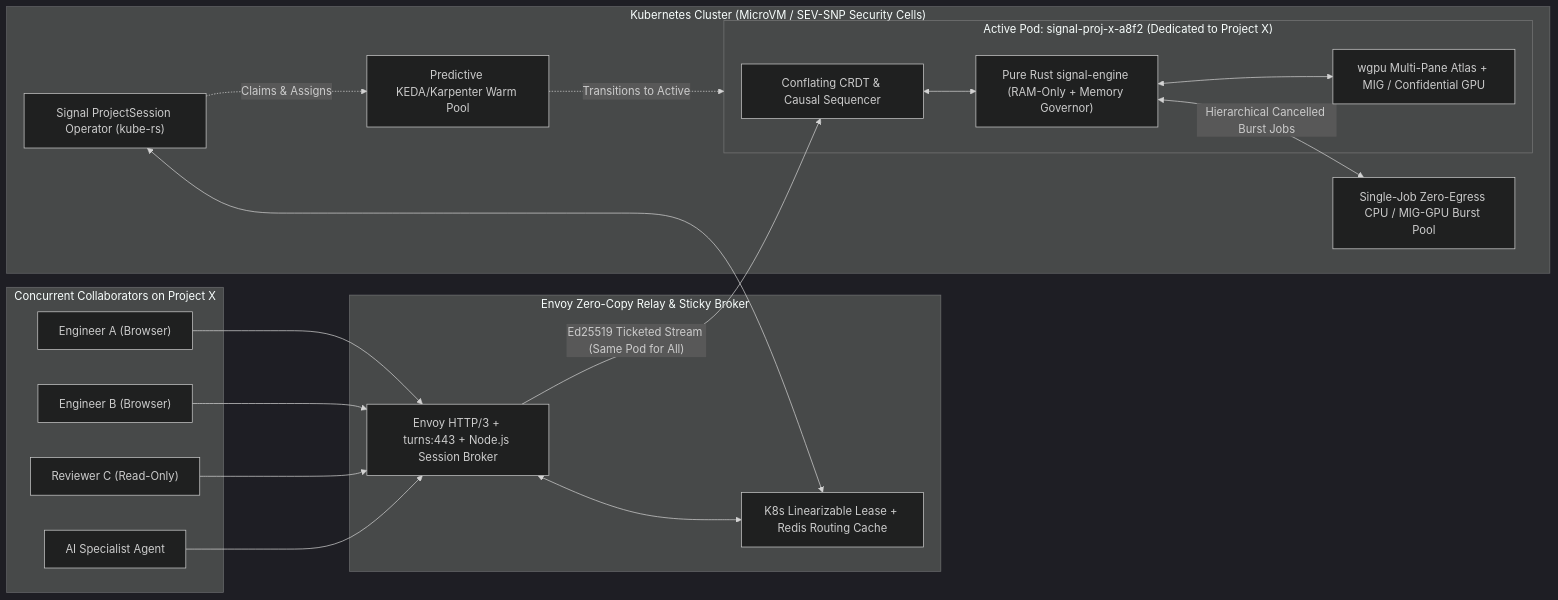
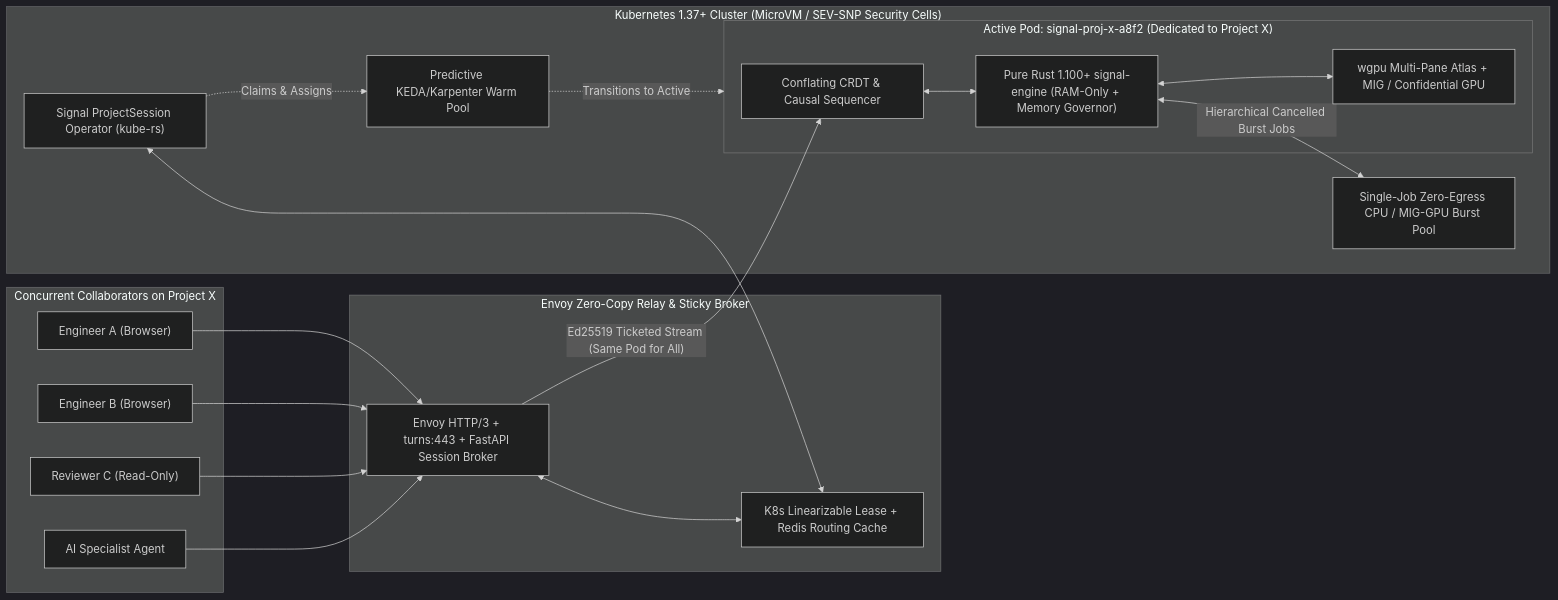
The first of 2 diagrams in architecture/04-kubernetes-runtime-and-collaboration.md (the-code-master/signal), drawn with Mermaid (dark theme) before and after one commit. The commit also changed other lines of this file and 52 other files, not shown here.

Commit message:
docs: enforce Angular v22+, Rust 1.100+, Node 26 LTS+ & adopt Python 3.15+ FastAPI Control Plane (ADR-002)

````diff
--- a/architecture/04-kubernetes-runtime-and-collaboration.md
+++ b/architecture/04-kubernetes-runtime-and-collaboration.md
@@ -19,38 +19,38 @@
 ```mermaid
 flowchart LR
     subgraph Clients["Concurrent Collaborators on Project X"]
         U1["Engineer A (Browser)"]
         U2["Engineer B (Browser)"]
         U3["Reviewer C (Read-Only)"]
         AI["AI Specialist Agent"]
     end
 
     subgraph EdgeRouting["Envoy Zero-Copy Relay & Sticky Broker"]
-        Broker["Envoy HTTP/3 + turns:443 + Node.js Session Broker"]
+        Broker["Envoy HTTP/3 + turns:443 + FastAPI Session Broker"]
         Dir["K8s Linearizable Lease + Redis Routing Cache"]
     end
 
-    subgraph K8s["Kubernetes Cluster (MicroVM / SEV-SNP Security Cells)"]
+    subgraph K8s["Kubernetes 1.37+ Cluster (MicroVM / SEV-SNP Security Cells)"]
         Op["Signal ProjectSession Operator (kube-rs)"]
         subgraph PodX["Active Pod: signal-proj-x-a8f2 (Dedicated to Project X)"]
             Seq["Conflating CRDT & Causal Sequencer"]
-            Eng["Pure Rust signal-engine (RAM-Only + Memory Governor)"]
+            Eng["Pure Rust 1.100+ signal-engine (RAM-Only + Memory Governor)"]
             GPU["wgpu Multi-Pane Atlas + MIG / Confidential GPU"]
         end
         Warm["Predictive KEDA/Karpenter Warm Pool"]
         Burst["Single-Job Zero-Egress CPU / MIG-GPU Burst Pool"]
     end
 
     U1 --> Broker
     U2 --> Broker
     U3 --> Broker
     AI --> Broker
     Broker <--> Dir
     Op <--> Dir
     Broker -->|"Ed25519 Ticketed Stream (Same Pod for All)"| Seq
     Seq <--> Eng
     Eng <--> GPU
     Op -.->|"Claims & Assigns"| Warm
     Warm -.->|"Transitions to Active"| PodX
     Eng <-->|"Hierarchical Cancelled Burst Jobs"| Burst
 ```
````
